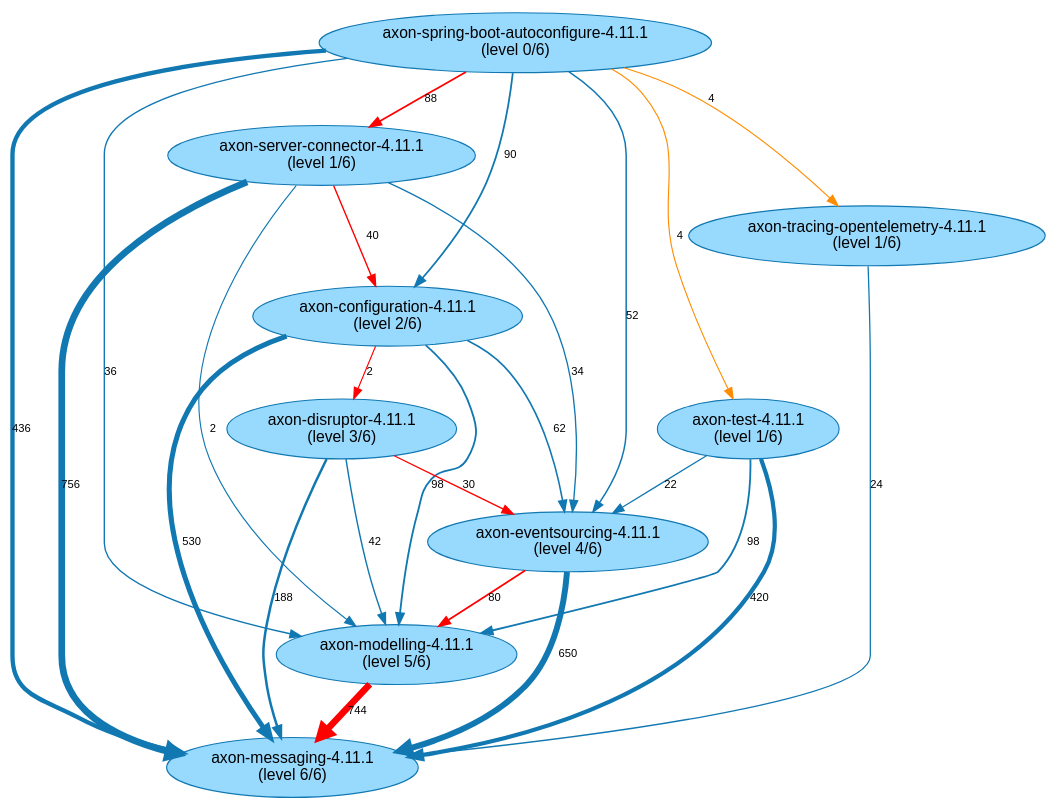
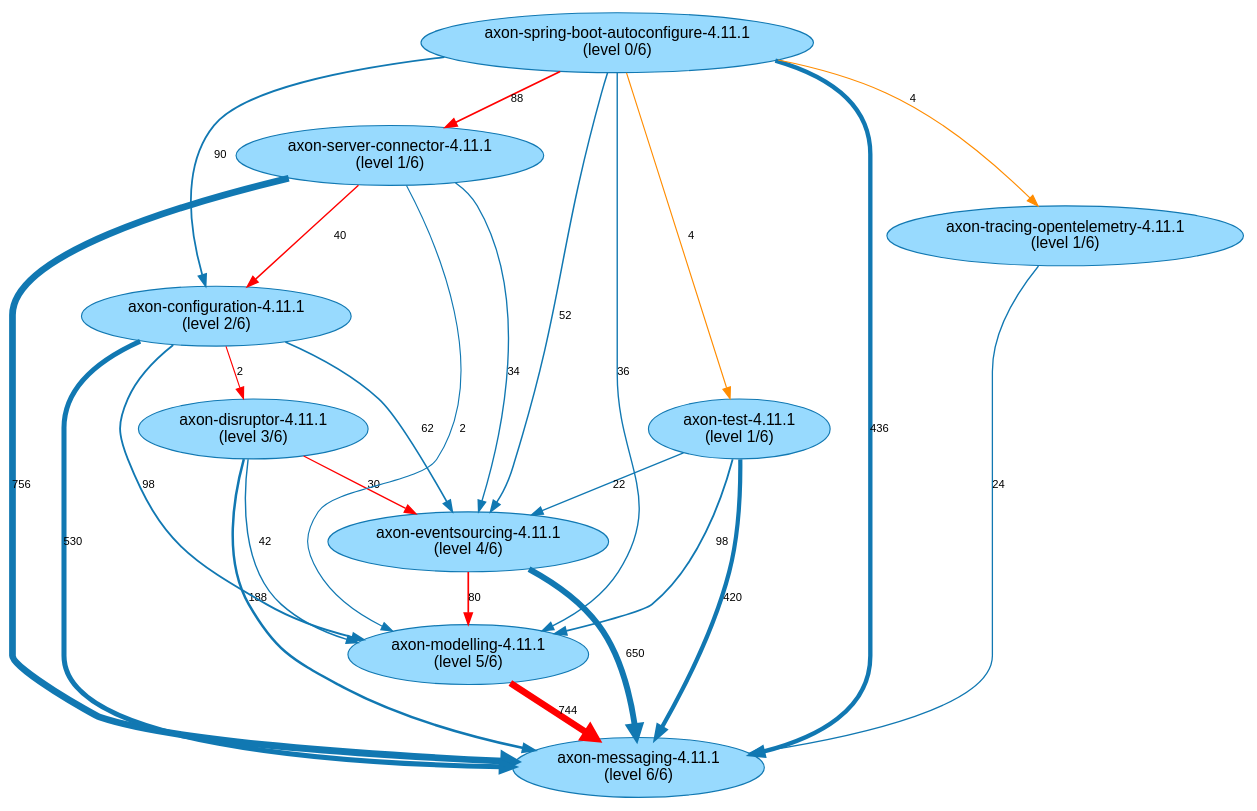
One commit to JohT/code-graph-analysis-examples changed the diagram in analysis-results/AxonFramework/AxonFramework-4.11.1/path-finding-visualization/JavaArtifactLongestPaths.gv. Above: the diagram before and after it, drawn with Graphviz. The commit also changed other lines of this file and 449 other files, not shown here.

```diff
--- a/analysis-results/AxonFramework/AxonFramework-4.11.1/path-finding-visualization/JavaArtifactLongestPaths.gv
+++ b/analysis-results/AxonFramework/AxonFramework-4.11.1/path-finding-visualization/JavaArtifactLongestPaths.gv
@@ -1,37 +1,37 @@
 // This GraphViz dot file was generated by the script convertQueryResultCsvToGraphVizDotFile.sh with default.template
 
 strict digraph JavaArtifactLongestPaths {
     fontname = "Helvetica,Arial,sans-serif";
     node [fontname = "Helvetica,Arial,sans-serif";];
     edge [fontname = "Helvetica,Arial,sans-serif"; fontsize = 10;];
     node [style = filled; fillcolor = "0.560 0.400 0.999";];
     node [color = "0.560 0.900 0.700";];
     edge [color = "0.560 0.900 0.700";];
-	"axon-spring-boot-autoconfigure-4.11.1\n(level 0/6)" -> "axon-messaging-4.11.1\n(level 6/6)" [label=436; penwidth=3.88; ];
-	"axon-spring-boot-autoconfigure-4.11.1\n(level 0/6)" -> "axon-server-connector-4.11.1\n(level 1/6)" [label=88; penwidth=1.57; color="red"; ];
-	"axon-spring-boot-autoconfigure-4.11.1\n(level 0/6)" -> "axon-eventsourcing-4.11.1\n(level 4/6)" [label=52; penwidth=1.33; ];
-	"axon-spring-boot-autoconfigure-4.11.1\n(level 0/6)" -> "axon-modelling-4.11.1\n(level 5/6)" [label=36; penwidth=1.23; ];
-	"axon-spring-boot-autoconfigure-4.11.1\n(level 0/6)" -> "axon-configuration-4.11.1\n(level 2/6)" [label=90; penwidth=1.58; ];
-	"axon-spring-boot-autoconfigure-4.11.1\n(level 0/6)" -> "axon-test-4.11.1\n(level 1/6)" [label=4; penwidth=1.01; ];
-	"axon-spring-boot-autoconfigure-4.11.1\n(level 0/6)" -> "axon-tracing-opentelemetry-4.11.1\n(level 1/6)" [label=4; penwidth=1.01; ];
-	"axon-eventsourcing-4.11.1\n(level 4/6)" -> "axon-messaging-4.11.1\n(level 6/6)" [label=650; penwidth=5.3; ];
-	"axon-eventsourcing-4.11.1\n(level 4/6)" -> "axon-modelling-4.11.1\n(level 5/6)" [label=80; penwidth=1.52; color="red"; ];
-	"axon-configuration-4.11.1\n(level 2/6)" -> "axon-messaging-4.11.1\n(level 6/6)" [label=530; penwidth=4.5; ];
-	"axon-configuration-4.11.1\n(level 2/6)" -> "axon-modelling-4.11.1\n(level 5/6)" [label=98; penwidth=1.64; ];
-	"axon-configuration-4.11.1\n(level 2/6)" -> "axon-eventsourcing-4.11.1\n(level 4/6)" [label=62; penwidth=1.4; ];
-	"axon-configuration-4.11.1\n(level 2/6)" -> "axon-disruptor-4.11.1\n(level 3/6)" [label=2; penwidth=1.0; color="red"; ];
 	"axon-disruptor-4.11.1\n(level 3/6)" -> "axon-messaging-4.11.1\n(level 6/6)" [label=188; penwidth=2.23; ];
+	"axon-disruptor-4.11.1\n(level 3/6)" -> "axon-modelling-4.11.1\n(level 5/6)" [label=42; penwidth=1.27; ];
 	"axon-disruptor-4.11.1\n(level 3/6)" -> "axon-eventsourcing-4.11.1\n(level 4/6)" [label=30; penwidth=1.19; color="red"; ];
-	"axon-disruptor-4.11.1\n(level 3/6)" -> "axon-modelling-4.11.1\n(level 5/6)" [label=42; penwidth=1.27; ];
+	"axon-server-connector-4.11.1\n(level 1/6)" -> "axon-messaging-4.11.1\n(level 6/6)" [label=756; penwidth=6.0; ];
 	"axon-server-connector-4.11.1\n(level 1/6)" -> "axon-configuration-4.11.1\n(level 2/6)" [label=40; penwidth=1.25; color="red"; ];
-	"axon-server-connector-4.11.1\n(level 1/6)" -> "axon-messaging-4.11.1\n(level 6/6)" [label=756; penwidth=6.0; ];
 	"axon-server-connector-4.11.1\n(level 1/6)" -> "axon-eventsourcing-4.11.1\n(level 4/6)" [label=34; penwidth=1.21; ];
 	"axon-server-connector-4.11.1\n(level 1/6)" -> "axon-modelling-4.11.1\n(level 5/6)" [label=2; penwidth=1.0; ];
 	"axon-test-4.11.1\n(level 1/6)" -> "axon-messaging-4.11.1\n(level 6/6)" [label=420; penwidth=3.77; ];
 	"axon-test-4.11.1\n(level 1/6)" -> "axon-modelling-4.11.1\n(level 5/6)" [label=98; penwidth=1.64; ];
 	"axon-test-4.11.1\n(level 1/6)" -> "axon-eventsourcing-4.11.1\n(level 4/6)" [label=22; penwidth=1.13; ];
+	"axon-configuration-4.11.1\n(level 2/6)" -> "axon-modelling-4.11.1\n(level 5/6)" [label=98; penwidth=1.64; ];
+	"axon-configuration-4.11.1\n(level 2/6)" -> "axon-messaging-4.11.1\n(level 6/6)" [label=530; penwidth=4.5; ];
+	"axon-configuration-4.11.1\n(level 2/6)" -> "axon-eventsourcing-4.11.1\n(level 4/6)" [label=62; penwidth=1.4; ];
+	"axon-configuration-4.11.1\n(level 2/6)" -> "axon-disruptor-4.11.1\n(level 3/6)" [label=2; penwidth=1.0; color="red"; ];
+	"axon-modelling-4.11.1\n(level 5/6)" -> "axon-messaging-4.11.1\n(level 6/6)" [label=744; penwidth=5.92; color="red"; ];
+	"axon-spring-boot-autoconfigure-4.11.1\n(level 0/6)" -> "axon-messaging-4.11.1\n(level 6/6)" [label=436; penwidth=3.88; ];
+	"axon-spring-boot-autoconfigure-4.11.1\n(level 0/6)" -> "axon-eventsourcing-4.11.1\n(level 4/6)" [label=52; penwidth=1.33; ];
+	"axon-spring-boot-autoconfigure-4.11.1\n(level 0/6)" -> "axon-configuration-4.11.1\n(level 2/6)" [label=90; penwidth=1.58; ];
+	"axon-spring-boot-autoconfigure-4.11.1\n(level 0/6)" -> "axon-modelling-4.11.1\n(level 5/6)" [label=36; penwidth=1.23; ];
+	"axon-spring-boot-autoconfigure-4.11.1\n(level 0/6)" -> "axon-tracing-opentelemetry-4.11.1\n(level 1/6)" [label=4; penwidth=1.01; ];
+	"axon-spring-boot-autoconfigure-4.11.1\n(level 0/6)" -> "axon-test-4.11.1\n(level 1/6)" [label=4; penwidth=1.01; ];
+	"axon-spring-boot-autoconfigure-4.11.1\n(level 0/6)" -> "axon-server-connector-4.11.1\n(level 1/6)" [label=88; penwidth=1.57; color="red"; ];
 	"axon-tracing-opentelemetry-4.11.1\n(level 1/6)" -> "axon-messaging-4.11.1\n(level 6/6)" [label=24; penwidth=1.15; ];
-	"axon-modelling-4.11.1\n(level 5/6)" -> "axon-messaging-4.11.1\n(level 6/6)" [label=744; penwidth=5.92; color="red"; ];
+	"axon-eventsourcing-4.11.1\n(level 4/6)" -> "axon-messaging-4.11.1\n(level 6/6)" [label=650; penwidth=5.3; ];
+	"axon-eventsourcing-4.11.1\n(level 4/6)" -> "axon-modelling-4.11.1\n(level 5/6)" [label=80; penwidth=1.52; color="red"; ];
 	"axon-spring-boot-autoconfigure-4.11.1\n(level 0/6)" -> "axon-test-4.11.1\n(level 1/6)" [label=4; penwidth=1.01; color="darkorange"; ];
 	"axon-spring-boot-autoconfigure-4.11.1\n(level 0/6)" -> "axon-tracing-opentelemetry-4.11.1\n(level 1/6)" [label=4; penwidth=1.01; color="darkorange"; ];
 }
```
